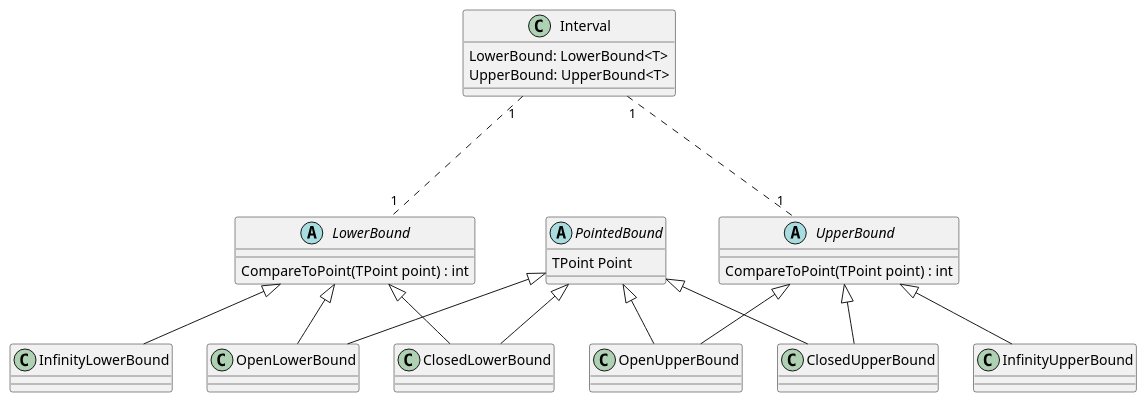
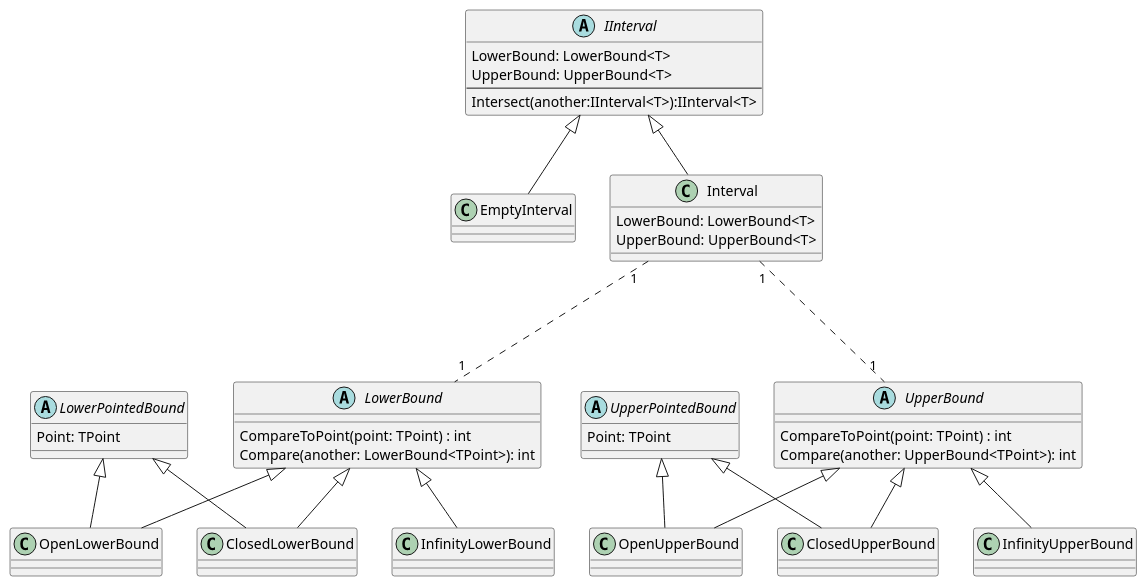
The diagram in readme/plantuml/DomainModel.puml (RetailRocket/Interval), drawn with PlantUML before and after one commit. The commit also changed 2 other files, not shown here.

```diff
--- a/readme/plantuml/DomainModel.puml
+++ b/readme/plantuml/DomainModel.puml
@@ -1,54 +1,74 @@
 @startuml
+
+abstract IInterval {
+    LowerBound: LowerBound<T>
+    UpperBound: UpperBound<T>
+---
+Intersect(another:IInterval<T>):IInterval<T>
+}
+
+class EmptyInterval {
+}
+
 class Interval {
     LowerBound: LowerBound<T>
     UpperBound: UpperBound<T>
 }
-    
 
-abstract PointedBound {
-    TPoint Point
+abstract LowerPointedBound {
+    Point: TPoint 
+}
+
+abstract UpperPointedBound {
+    Point: TPoint
 }
 
 abstract LowerBound {
-    CompareToPoint(TPoint point) : int
+    CompareToPoint(point: TPoint) : int
+    Compare(another: LowerBound<TPoint>): int
 }
 
 class OpenLowerBound {
 }
 
 class ClosedLowerBound {
 }
 
 class InfinityLowerBound {
 }
 
+IInterval <|-- EmptyInterval
+IInterval <|-- Interval
+
+
 LowerBound <|-- OpenLowerBound
-PointedBound <|-- OpenLowerBound
+LowerPointedBound <|-- OpenLowerBound
 LowerBound <|-- ClosedLowerBound
-PointedBound <|-- ClosedLowerBound
+LowerPointedBound <|-- ClosedLowerBound
 LowerBound <|-- InfinityLowerBound
 
 Interval "1"..."1" LowerBound
 
 abstract UpperBound {
-    CompareToPoint(TPoint point) : int
+    CompareToPoint(point: TPoint) : int
+    Compare(another: UpperBound<TPoint>): int
 }
 
 class OpenUpperBound {
 }
 
 class ClosedUpperBound {
 }
 
 class InfinityUpperBound {
 }
 
 UpperBound <|-- OpenUpperBound
-PointedBound <|-- OpenUpperBound
+UpperPointedBound <|-- OpenUpperBound
 UpperBound <|-- ClosedUpperBound
-PointedBound <|-- ClosedUpperBound
+UpperPointedBound <|-- ClosedUpperBound
 UpperBound <|-- InfinityUpperBound
 
 Interval "1"..."1" UpperBound
 
 @enduml
```
